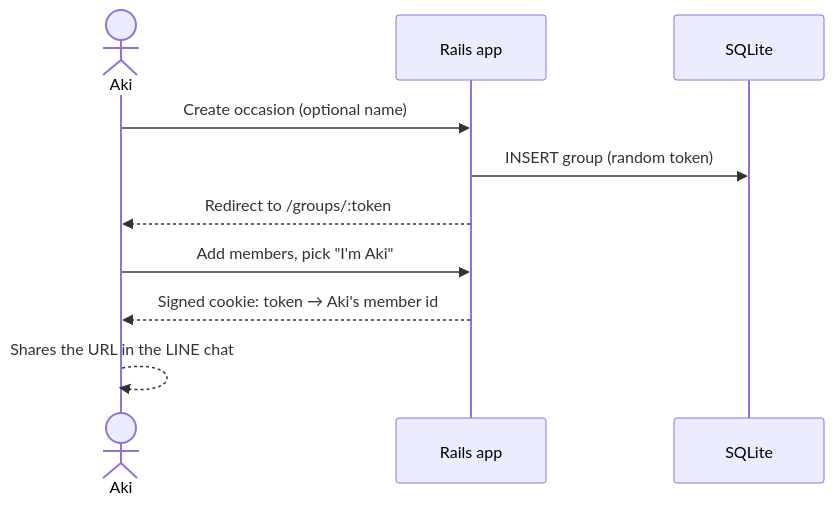
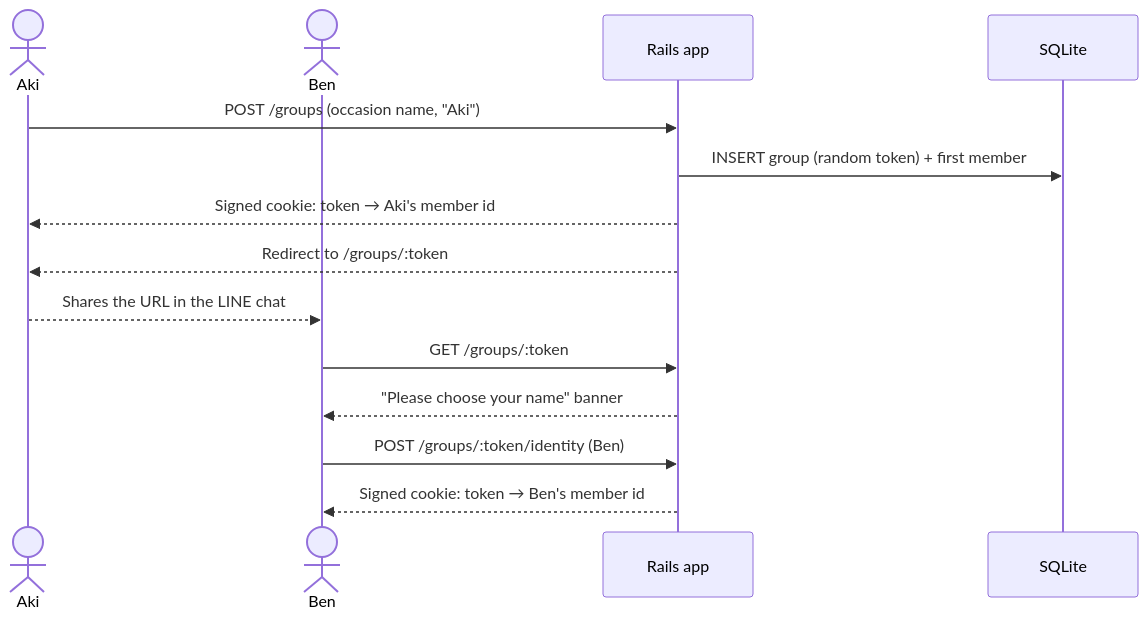
The third of 3 diagrams in docs/ARCHITECTURE.md (luisrrv/okanjo), drawn with Mermaid before and after one commit. The commit also changed other lines of this file and 7 other files, not shown here.

First line of the commit message:
Add the end-to-end system spec for the core flow

````diff
--- a/docs/ARCHITECTURE.md
+++ b/docs/ARCHITECTURE.md
@@ -102,12 +103,16 @@
 ```mermaid
 sequenceDiagram
   actor Aki
+  actor Ben
   participant App as Rails app
   participant DB as SQLite
-  Aki->>App: Create occasion (optional name)
-  App->>DB: INSERT group (random token)
+  Aki->>App: POST /groups (occasion name, "Aki")
+  App->>DB: INSERT group (random token) + first member
+  App-->>Aki: Signed cookie: token → Aki's member id
   App-->>Aki: Redirect to /groups/:token
-  Aki->>App: Add members, pick "I'm Aki"
-  App-->>Aki: Signed cookie: token → Aki's member id
-  Aki-->>Aki: Shares the URL in the LINE chat
+  Aki-->>Ben: Shares the URL in the LINE chat
+  Ben->>App: GET /groups/:token
+  App-->>Ben: "Please choose your name" banner
+  Ben->>App: POST /groups/:token/identity (Ben)
+  App-->>Ben: Signed cookie: token → Ben's member id
 ```
````
